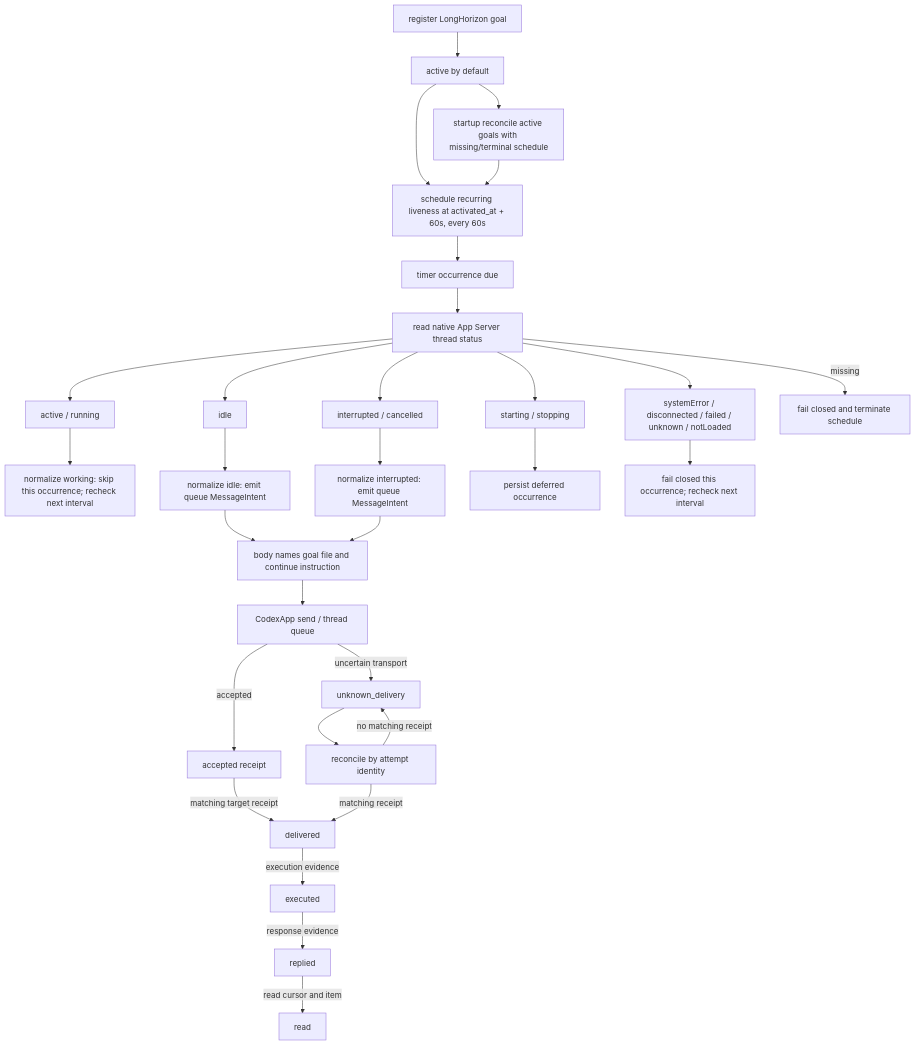
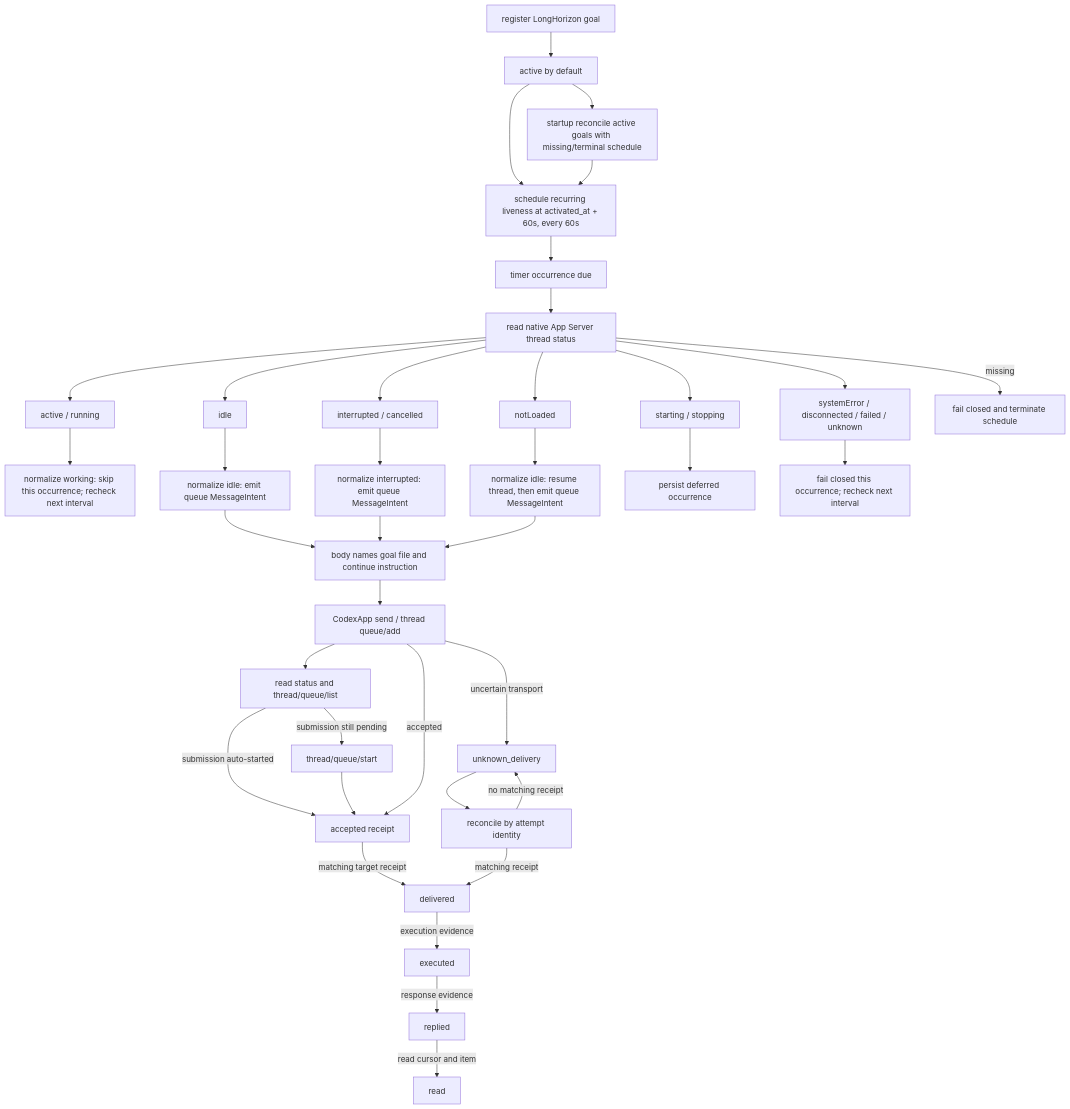
One commit to Jasonzhangf/codex-hooks changed the diagram in docs/design/rccs-notification-dag.md. Above: the diagram before and after it, drawn with Mermaid. The commit also changed other lines of this file and 4 other files, not shown here.

Commit message:
fix(rccs): resume notLoaded threads before waking

````diff
--- a/docs/design/rccs-notification-dag.md
+++ b/docs/design/rccs-notification-dag.md
@@ -35,32 +37,39 @@
 ```mermaid
 flowchart TD
   A["register LongHorizon goal"] --> B["active by default"]
   B --> C["schedule recurring liveness at activated_at + 60s, every 60s"]
   B --> C2["startup reconcile active goals with missing/terminal schedule"]
   C2 --> C
   C --> D["timer occurrence due"]
   D --> E["read native App Server thread status"]
   E --> E1["active / running"]
   E --> E2["idle"]
   E --> E3["interrupted / cancelled"]
   E --> E4["starting / stopping"]
-  E --> E5["systemError / disconnected / failed / unknown / notLoaded"]
+  E --> E5["systemError / disconnected / failed / unknown"]
+  E --> E6["notLoaded"]
   E1 --> F["normalize working: skip this occurrence; recheck next interval"]
   E2 --> G["normalize idle: emit queue MessageIntent"]
   E3 --> G2["normalize interrupted: emit queue MessageIntent"]
+  E6 --> G3["normalize idle: resume thread, then emit queue MessageIntent"]
   G --> H["body names goal file and continue instruction"]
   G2 --> H
+  G3 --> H
   E4 --> H1["persist deferred occurrence"]
   E5 --> I["fail closed this occurrence; recheck next interval"]
   E -->|missing| I2["fail closed and terminate schedule"]
-  H --> J["CodexApp send / thread queue"]
+  H --> J["CodexApp send / thread queue/add"]
+  J --> J2["read status and thread/queue/list"]
+  J2 -->|submission still pending| J3["thread/queue/start"]
+  J2 -->|submission auto-started| K
+  J3 --> K
   J -->|accepted| K["accepted receipt"]
   K -->|matching target receipt| L["delivered"]
   L -->|execution evidence| M["executed"]
   M -->|response evidence| N["replied"]
   N -->|read cursor and item| O["read"]
   J -->|uncertain transport| P["unknown_delivery"]
   P --> Q["reconcile by attempt identity"]
   Q -->|matching receipt| L
   Q -->|no matching receipt| P
 ```
````
